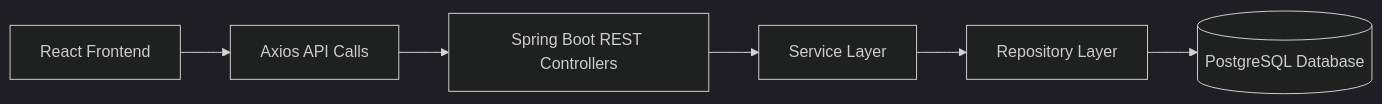
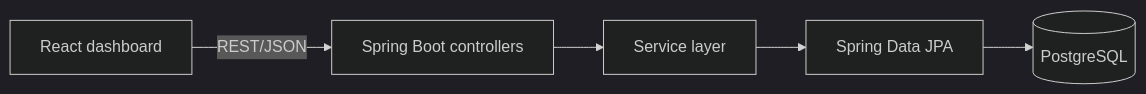
Before and after one commit to ramya5588/Personal_finance_Tracker: the diagram in README.md, drawn with Mermaid (dark theme). The commit also changed other lines of this file and 19 other files, not shown here.

````diff
--- a/README.md
+++ b/README.md
@@ -101,8 +25,7 @@
 ```mermaid
 flowchart LR
-    A[React Frontend] --> B[Axios API Calls]
-    B --> C[Spring Boot REST Controllers]
-    C --> D[Service Layer]
-    D --> E[Repository Layer]
-    E --> F[(PostgreSQL Database)]
+    UI[React dashboard] -->|REST/JSON| API[Spring Boot controllers]
+    API --> SERVICE[Service layer]
+    SERVICE --> REPOSITORY[Spring Data JPA]
+    REPOSITORY --> DB[(PostgreSQL)]
 ```
````
